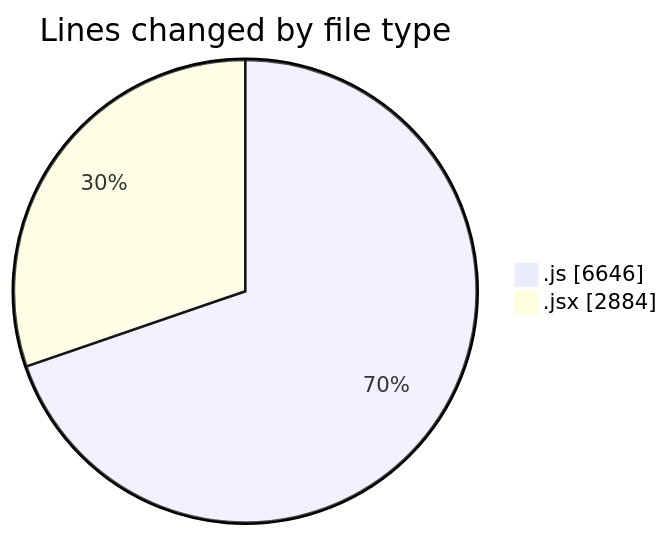
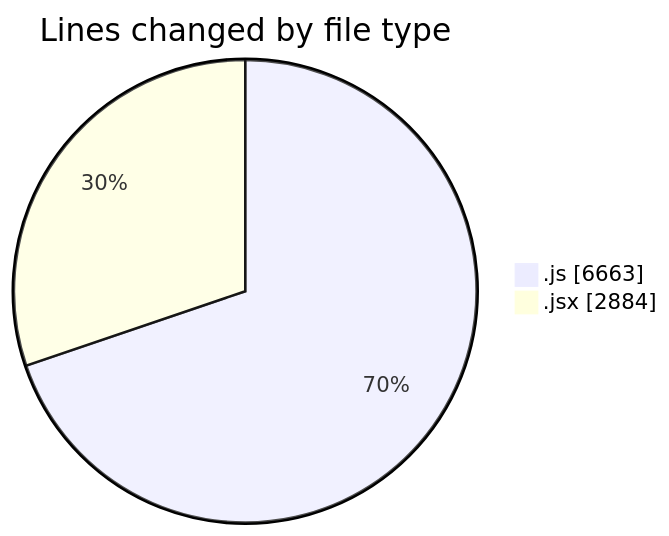
One commit to nxtqubesakshisongat/code-tracking changed the first of 2 diagrams in 2025-09-26/nxtqube_webapp/README.md. Above: the diagram before and after it, drawn with Mermaid. The commit also changed other lines of this file and 1 other file, not shown here.

````diff
--- a/2025-09-26/nxtqube_webapp/README.md
+++ b/2025-09-26/nxtqube_webapp/README.md
@@ -24,6 +24,6 @@
 ```mermaid
 pie showData
 title Lines changed by file type
-".js" : 6646
+".js" : 6663
 ".jsx" : 2884
 ```
````
